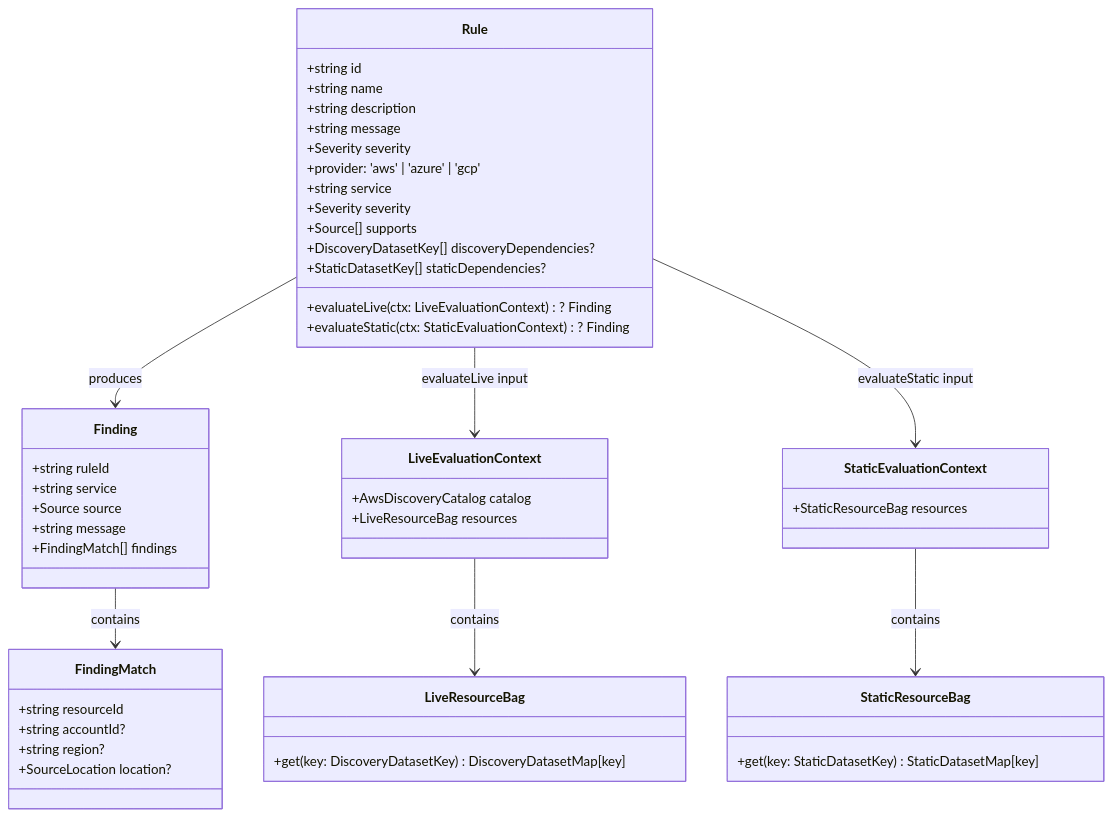
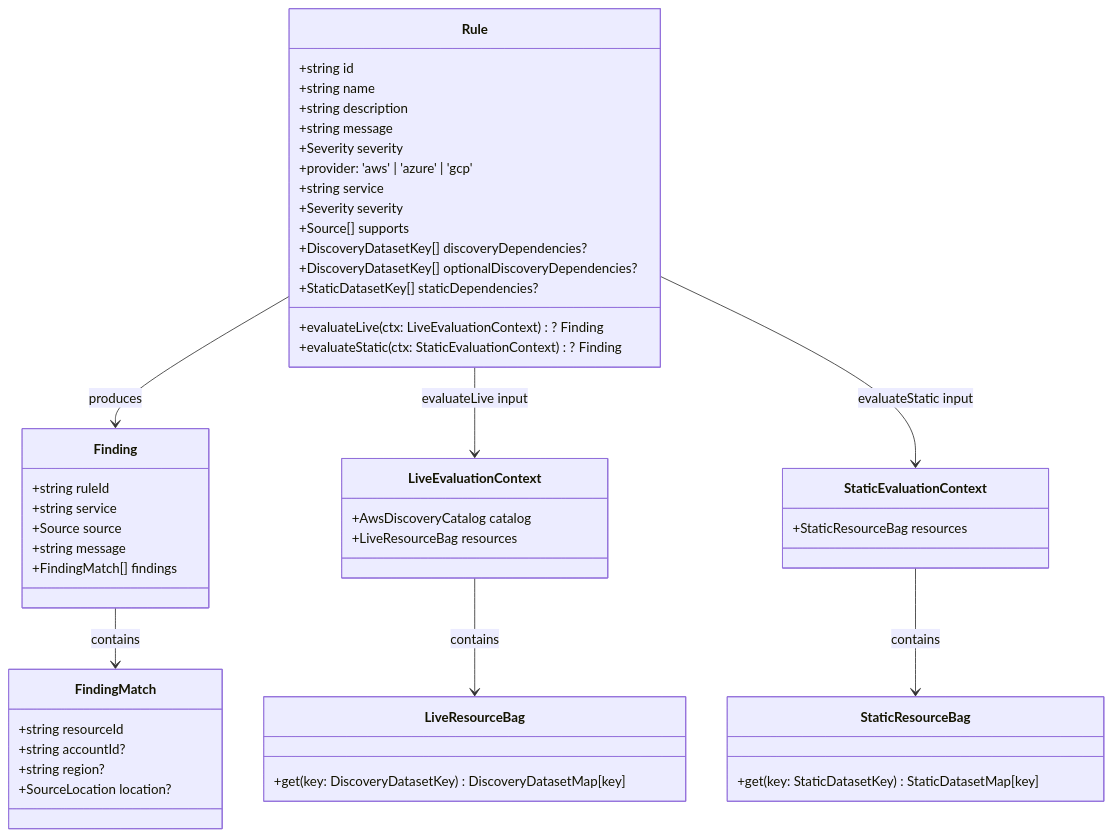
Before and after one commit to towardsthecloud/cloudburn: the first of 2 diagrams in docs/architecture/rules.md, drawn with Mermaid. The commit also changed 41 other files, not shown here.

````diff
--- a/docs/architecture/rules.md
+++ b/docs/architecture/rules.md
@@ -5,57 +5,58 @@
 ```mermaid
 classDiagram
   class Rule {
     +string id
     +string name
     +string description
     +string message
     +Severity severity
     +provider: 'aws' | 'azure' | 'gcp'
     +string service
     +Severity severity
     +Source[] supports
     +DiscoveryDatasetKey[] discoveryDependencies?
+    +DiscoveryDatasetKey[] optionalDiscoveryDependencies?
     +StaticDatasetKey[] staticDependencies?
     +evaluateLive(ctx: LiveEvaluationContext)? Finding
     +evaluateStatic(ctx: StaticEvaluationContext)? Finding
   }
 
   class Finding {
     +string ruleId
     +string service
     +Source source
     +string message
     +FindingMatch[] findings
   }
 
   class FindingMatch {
     +string resourceId
     +string accountId?
     +string region?
     +SourceLocation location?
   }
 
   class LiveEvaluationContext {
     +AwsDiscoveryCatalog catalog
     +LiveResourceBag resources
   }
 
   class LiveResourceBag {
     +get(key: DiscoveryDatasetKey) DiscoveryDatasetMap[key]
   }
 
   class StaticResourceBag {
     +get(key: StaticDatasetKey) StaticDatasetMap[key]
   }
 
   class StaticEvaluationContext {
     +StaticResourceBag resources
   }
 
   Rule --> Finding : produces
   Finding --> FindingMatch : contains
   Rule --> LiveEvaluationContext : evaluateLive input
   LiveEvaluationContext --> LiveResourceBag : contains
   Rule --> StaticEvaluationContext : evaluateStatic input
   StaticEvaluationContext --> StaticResourceBag : contains
 ```
````
